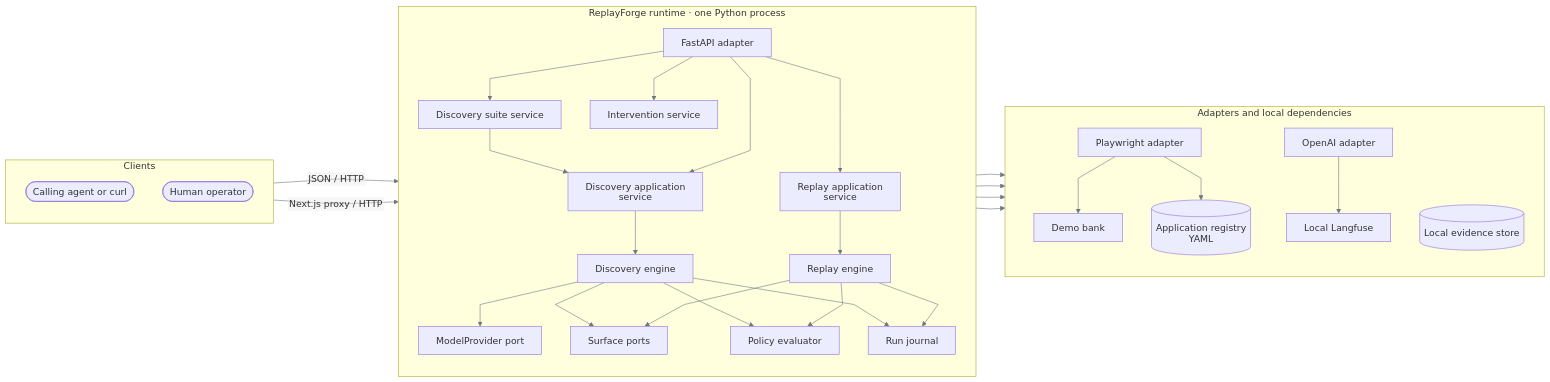
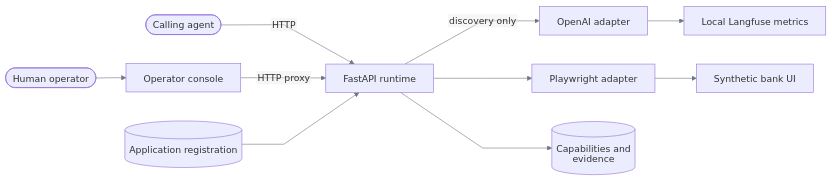
The first of 2 diagrams in docs/architecture.md (SivaTSS/replay-forge), drawn with Mermaid before and after one commit. The commit also changed other lines of this file and 15 other files, not shown here.

Commit message:
docs: unify reference structure and validate diagram consistency

````diff
--- a/docs/architecture.md
+++ b/docs/architecture.md
@@ -7,49 +9,13 @@
 ```mermaid
 %%{init: {"htmlLabels":false,"themeVariables":{"lineColor":"#6E7781","signalColor":"#6E7781"},"flowchart":{"curve":"linear"},"sequence":{"wrap":true}}}%%
 flowchart LR
-    subgraph Clients[Clients]
-        direction TB
-        C([Calling agent or curl])
-        O([Human operator])
-    end
-
-    subgraph Runtime[ReplayForge runtime · one Python process]
-        direction TB
-        API[FastAPI adapter]
-        API --> RS[Replay application service]
-        API --> DS[Discovery application service]
-        API --> SS[Discovery suite service]
-        API --> IS[Intervention service]
-        RS --> RE[Replay engine]
-        DS --> DE[Discovery engine]
-        SS --> DS
-        DE --> MP[ModelProvider port]
-        RE --> SP[Surface ports]
-        DE --> SP
-        RE --> PE[Policy evaluator]
-        DE --> PE
-        RE --> EJ[Run journal]
-        DE --> EJ
-    end
-
-    subgraph Adapters[Adapters and local dependencies]
-        direction TB
-        OA[OpenAI adapter]
-        PW[Playwright adapter]
-        DB[Demo bank]
-        FS[(Local evidence store)]
-        AR[(Application registry YAML)]
-        LF[Local Langfuse]
-    end
-
-    C -->|JSON / HTTP| API
-    O -->|Next.js proxy / HTTP| API
-    MP --> OA
-    SP --> PW
-    PW --> DB
-    EJ --> FS
-    API --> AR
-    PW --> AR
-    OA --> LF
-
+    C([Calling agent]) -->|HTTP| R[FastAPI runtime]
+    O([Human operator]) --> UI[Operator console]
+    UI -->|HTTP proxy| R
+    R -->|discovery only| M[OpenAI adapter]
+    M --> LF[Local Langfuse metrics]
+    R --> P[Playwright adapter]
+    P --> B[Synthetic bank UI]
+    R --> F[(Capabilities and evidence)]
+    A[(Application registration)] --> R
 ```
````
